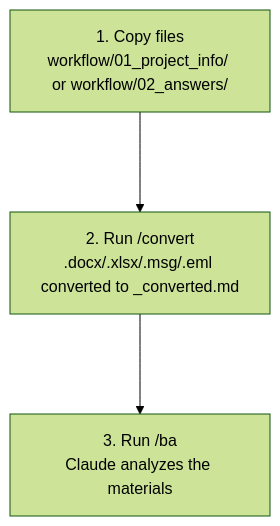
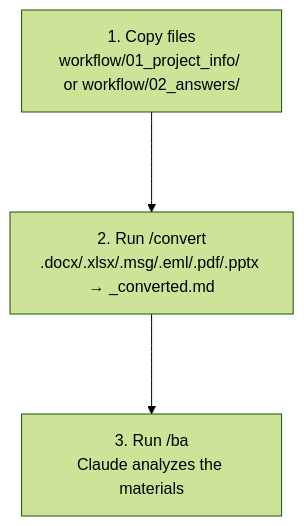
Before and after one commit to exphoenee/ba-team-docs: the diagram in .claude/skills/convert/README.en.md, drawn with Mermaid (forest theme). The commit also changed other lines of this file and 19 other files, not shown here.

````diff
--- a/.claude/skills/convert/README.en.md
+++ b/.claude/skills/convert/README.en.md
@@ -80,6 +99,6 @@
 ```mermaid
 %%{init: {'flowchart': { 'nodeSpacing': 50, 'rankSpacing': 100 } }}%%
 flowchart TD
-    A["1. Copy files\nworkflow/01_project_info/ or workflow/02_answers/"] --> B["2. Run /convert\n.docx/.xlsx/.msg/.eml converted to _converted.md"]
+    A["1. Copy files\nworkflow/01_project_info/ or workflow/02_answers/"] --> B["2. Run /convert\n.docx/.xlsx/.msg/.eml/.pdf/.pptx → _converted.md"]
     B --> C["3. Run /ba\nClaude analyzes the materials"]
 ```
````
